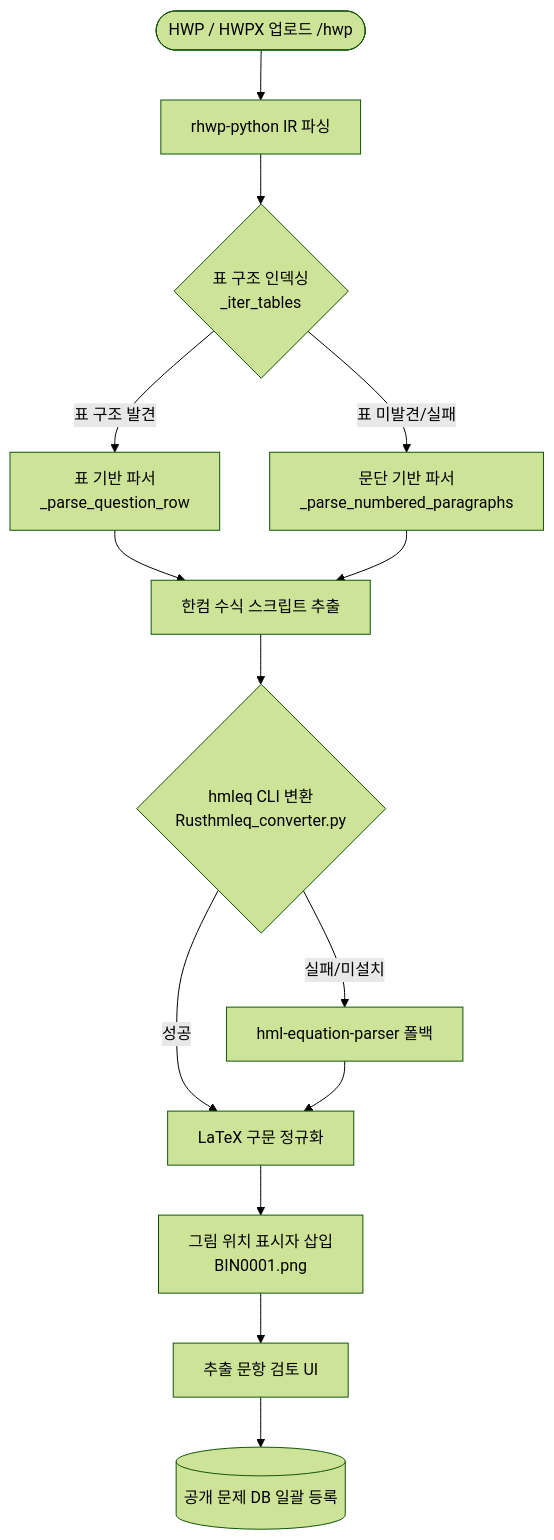
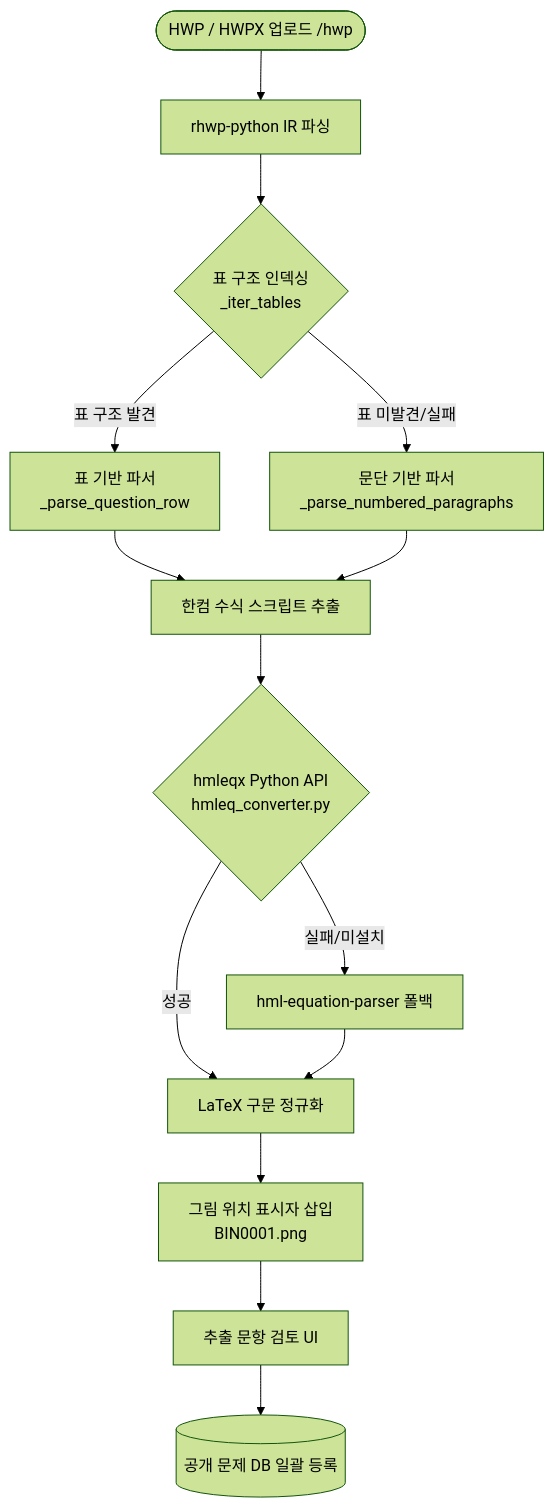
The first of 2 diagrams in docs/hwp-parsing-and-export.md (Hwi0228/hexora), drawn with Mermaid (forest theme) before and after one commit. The commit also changed other lines of this file and 8 other files, not shown here.

Commit message:
feat: hmleqx Python API로 수식 변환기 전환

````diff
--- a/docs/hwp-parsing-and-export.md
+++ b/docs/hwp-parsing-and-export.md
@@ -11,20 +11,20 @@
 ```mermaid
 flowchart TD
     Start([HWP / HWPX 업로드 /hwp]) --> BuildIR[rhwp-python IR 파싱]
     BuildIR --> ParseTable{표 구조 인덱싱 <br/> _iter_tables}
 
     ParseTable -->|표 구조 발견| PrimaryParser[표 기반 파서<br/>_parse_question_row]
     ParseTable -->|표 미발견/실패| FallbackParser[문단 기반 파서<br/>_parse_numbered_paragraphs]
 
     PrimaryParser --> ExtractMath[한컴 수식 스크립트 추출]
     FallbackParser --> ExtractMath
 
-    ExtractMath --> HmleqConverter{hmleq CLI 변환<br/>Rusthmleq_converter.py}
+    ExtractMath --> HmleqConverter{hmleqx Python API<br/>hmleq_converter.py}
     HmleqConverter -->|성공| LatexMath[LaTeX 구문 정규화]
     HmleqConverter -->|실패/미설치| PyFallback[hml-equation-parser 폴백]
     PyFallback --> LatexMath
 
     LatexMath --> PicturePlaceholder[그림 위치 표시자 삽입<br/>BIN0001.png]
     PicturePlaceholder --> PreviewUI[추출 문항 검토 UI]
     PreviewUI --> BulkInsert[(공개 문제 DB 일괄 등록)]
 ```
````
